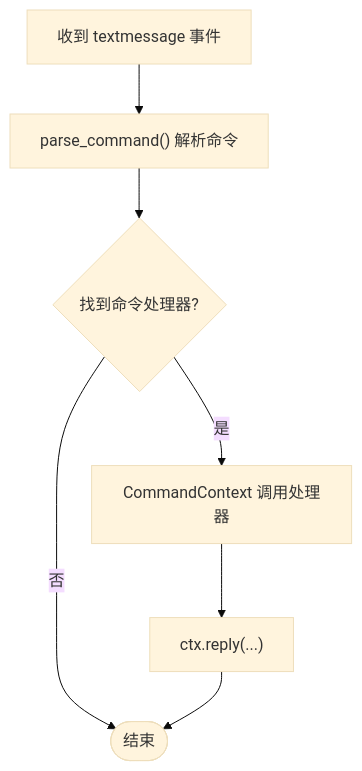
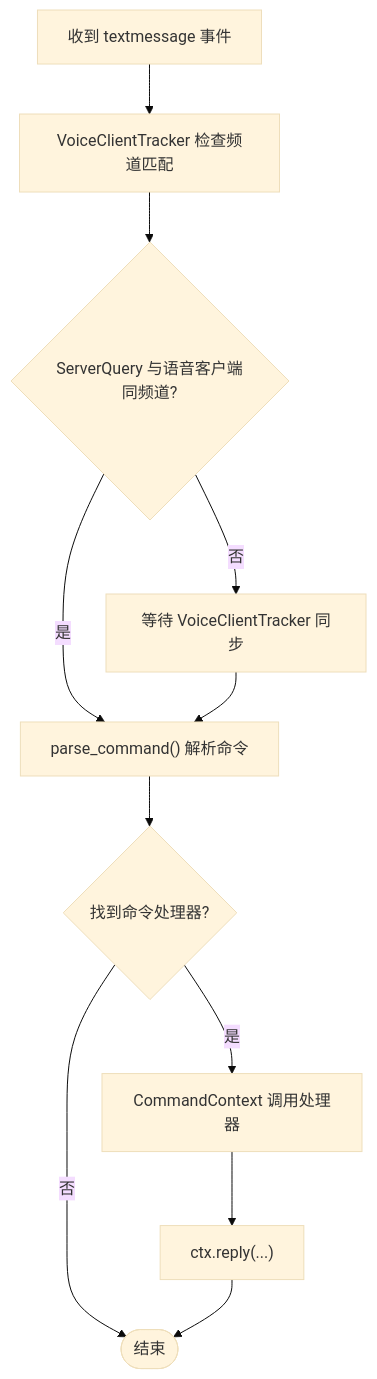
Before and after one commit to GhoulOwl/Teamspeak3_Bot: the ninth of 10 diagrams in .qoder/repowiki/zh/content/用户自动化服务/用户自动化服务.md, drawn with Mermaid (base theme). The commit also changed other lines of this file and 13 other files, not shown here.

````diff
--- a/.qoder/repowiki/zh/content/用户自动化服务/用户自动化服务.md
+++ b/.qoder/repowiki/zh/content/用户自动化服务/用户自动化服务.md
@@ -360,9 +457,12 @@
 ```mermaid
 flowchart TD
-TM["收到 textmessage 事件"] --> Parse["parse_command() 解析命令"]
+TM["收到 textmessage 事件"] --> VCT["VoiceClientTracker 检查频道匹配"]
+VCT --> Match{"ServerQuery 与语音客户端同频道?"}
+Match --> |是| Parse["parse_command() 解析命令"]
+Match --> |否| Sync["等待 VoiceClientTracker 同步"] --> Parse
 Parse --> Found{"找到命令处理器?"}
 Found --> |否| End(["结束"])
 Found --> |是| Exec["CommandContext 调用处理器"]
 Exec --> Reply["ctx.reply(...)"]
 Reply --> End
 ```
````
